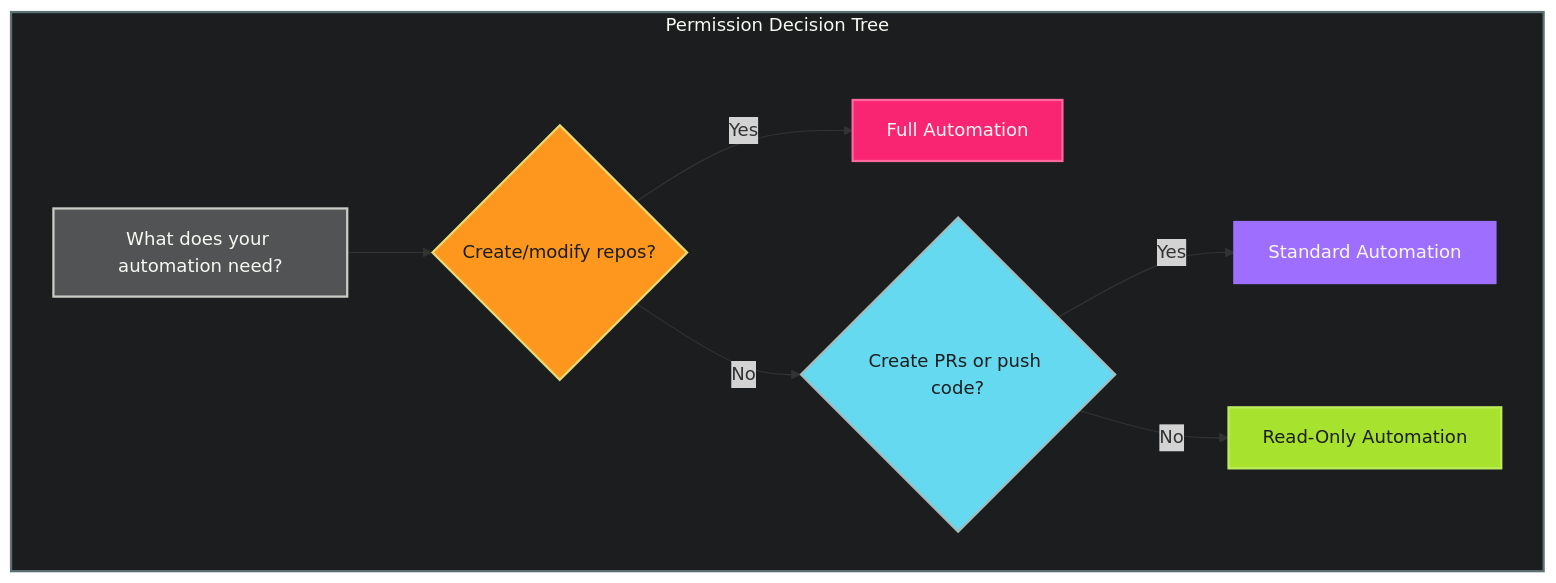
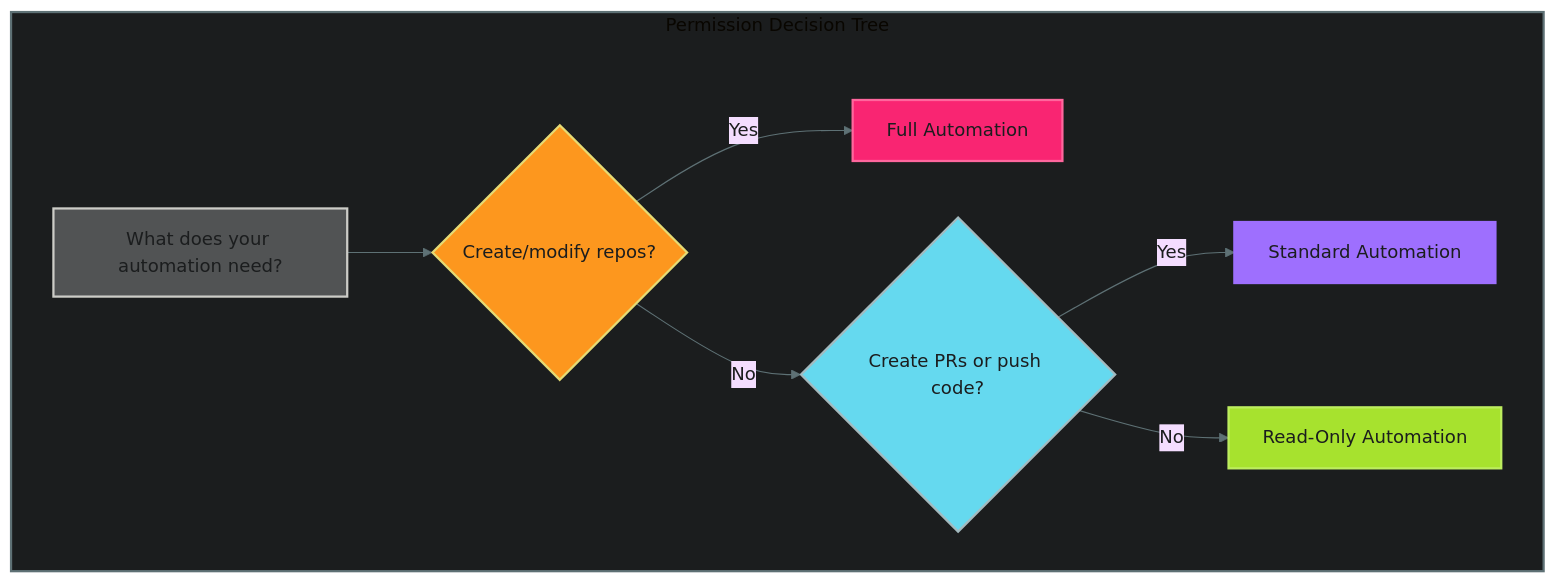
One commit to adaptive-enforcement-lab/adaptive-enforcement-lab-com changed the diagram in docs/operator-manual/github-actions/github-app-setup/permission-patterns.md. Above: the diagram before and after it, drawn with Mermaid.

Commit message:
Use mermaid init directive for text color control

````diff
--- a/docs/operator-manual/github-actions/github-app-setup/permission-patterns.md
+++ b/docs/operator-manual/github-actions/github-app-setup/permission-patterns.md
@@ -73,19 +73,20 @@
 ```mermaid
+%%{init: {'theme': 'base', 'themeVariables': { 'primaryTextColor': '#1b1d1e', 'lineColor': '#5e7175', 'primaryBorderColor': '#5e7175' }}}%%
 flowchart TD
     subgraph decide ["Permission Decision Tree"]
         A[What does your automation need?] --> B{Create/modify repos?}
         B -->|Yes| C[Full Automation]
         B -->|No| D{Create PRs or push code?}
         D -->|Yes| E[Standard Automation]
         D -->|No| F[Read-Only Automation]
     end
 
-    %% Ghostty Hardcore Theme (dark mode optimized)
-    style A fill:#515354,color:#f8f8f3,stroke:#ccccc7,stroke-width:2px
-    style B fill:#fd971e,color:#1b1d1e,stroke:#e6db74,stroke-width:2px
-    style C fill:#f92572,color:#f8f8f3,stroke:#ff669d,stroke-width:2px
-    style D fill:#65d9ef,color:#1b1d1e,stroke:#a3babf,stroke-width:2px
-    style E fill:#9e6ffe,color:#f8f8f3,stroke:#9e6ffe,stroke-width:2px
-    style F fill:#a7e22e,color:#1b1d1e,stroke:#bded5f,stroke-width:2px
-    style decide fill:#1b1d1e,color:#f8f8f3,stroke:#5e7175,stroke-width:2px
+    %% Ghostty Hardcore Theme
+    style A fill:#515354,stroke:#ccccc7,stroke-width:2px
+    style B fill:#fd971e,stroke:#e6db74,stroke-width:2px
+    style C fill:#f92572,stroke:#ff669d,stroke-width:2px
+    style D fill:#65d9ef,stroke:#a3babf,stroke-width:2px
+    style E fill:#9e6ffe,stroke:#9e6ffe,stroke-width:2px
+    style F fill:#a7e22e,stroke:#bded5f,stroke-width:2px
+    style decide fill:#1b1d1e,stroke:#5e7175,stroke-width:2px
 ```
````
